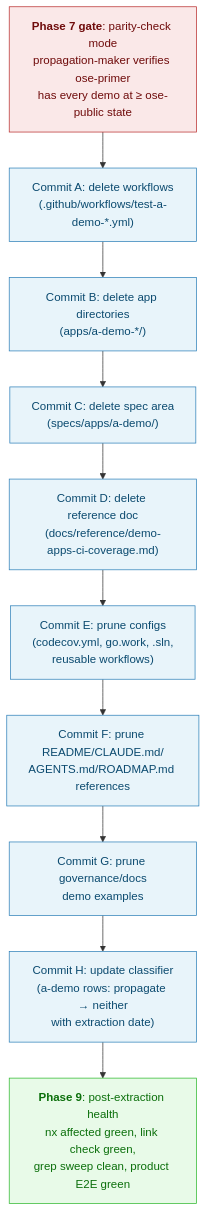
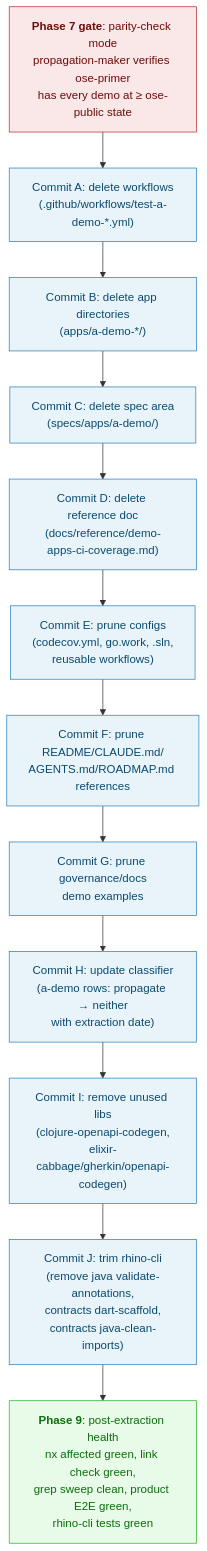
Before and after one commit to wahidyankf/ose-public: the second of 2 diagrams in plans/in-progress/2026-04-18__ose-primer-separation/tech-docs.md, drawn with Mermaid. The commit also changed other lines of this file and 4 other files, not shown here.

First line of the commit message:
docs(plans): extend ose-primer-separation plan with lib cleanup and rhino-cli trim

````diff
--- a/plans/in-progress/2026-04-18__ose-primer-separation/tech-docs.md
+++ b/plans/in-progress/2026-04-18__ose-primer-separation/tech-docs.md
@@ -361,35 +414,43 @@
 ```mermaid
 flowchart TD
     classDef gate fill:#FAE8E8,stroke:#B82C2C,color:#6F0B0B
     classDef step fill:#E8F4FA,stroke:#2C7FB8,color:#0B4A6F
     classDef post fill:#E8FAE8,stroke:#2CB82C,color:#0B6F0B
 
     p7["`**Phase 7 gate**: parity-check mode
     propagation-maker verifies ose-primer
     has every demo at ≥ ose-public state`"]:::gate
 
     s1["`Commit A: delete workflows
     (.github/workflows/test-a-demo-*.yml)`"]:::step
     s2["`Commit B: delete app directories
     (apps/a-demo-*/)`"]:::step
     s3["`Commit C: delete spec area
     (specs/apps/a-demo/)`"]:::step
     s4["`Commit D: delete reference doc
     (docs/reference/demo-apps-ci-coverage.md)`"]:::step
     s5["`Commit E: prune configs
     (codecov.yml, go.work, .sln,
     reusable workflows)`"]:::step
     s6["`Commit F: prune README/CLAUDE.md/
     AGENTS.md/ROADMAP.md references`"]:::step
     s7["`Commit G: prune governance/docs
     demo examples`"]:::step
     s8["`Commit H: update classifier
     (a-demo rows: propagate → neither
     with extraction date)`"]:::step
+    s9["`Commit I: remove unused libs
+    (clojure-openapi-codegen,
+    elixir-cabbage/gherkin/openapi-codegen)`"]:::step
+    s10["`Commit J: trim rhino-cli
+    (remove java validate-annotations,
+    contracts dart-scaffold,
+    contracts java-clean-imports)`"]:::step
 
     p8["`**Phase 9**: post-extraction health
     nx affected green, link check green,
-    grep sweep clean, product E2E green`"]:::post
+    grep sweep clean, product E2E green,
+    rhino-cli tests green`"]:::post
 
-    p7 --> s1 --> s2 --> s3 --> s4 --> s5 --> s6 --> s7 --> s8 --> p8
+    p7 --> s1 --> s2 --> s3 --> s4 --> s5 --> s6 --> s7 --> s8 --> s9 --> s10 --> p8
 ```
````
